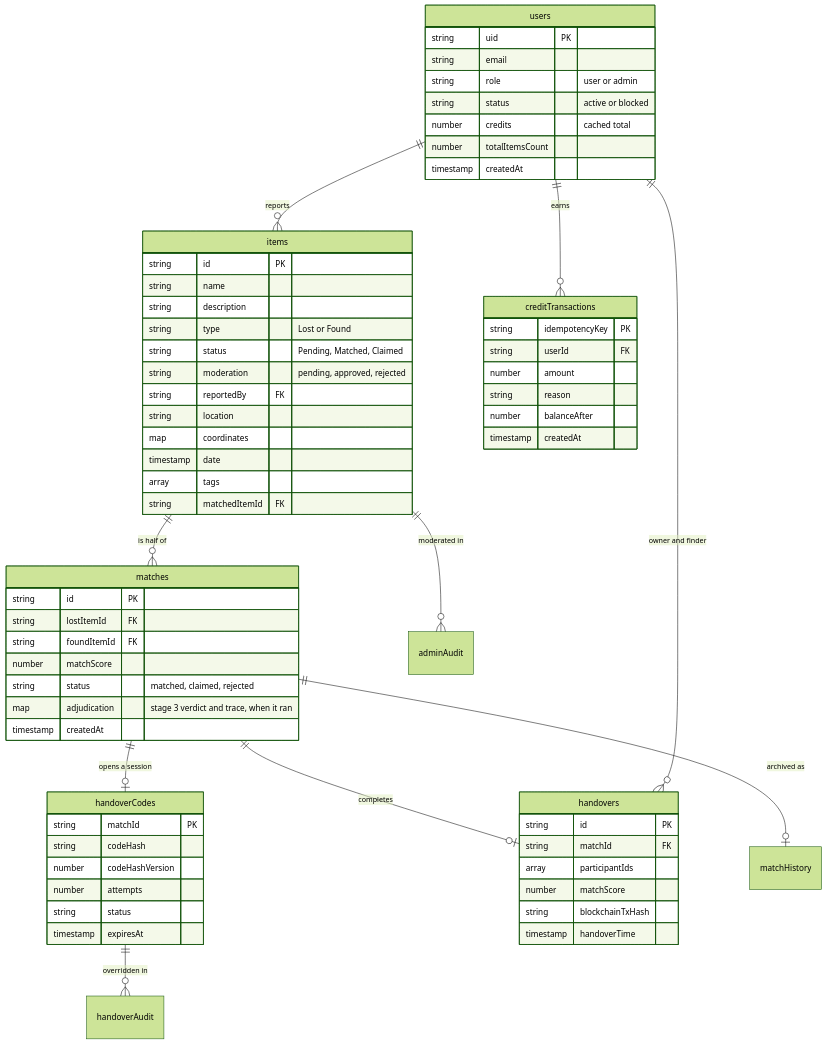
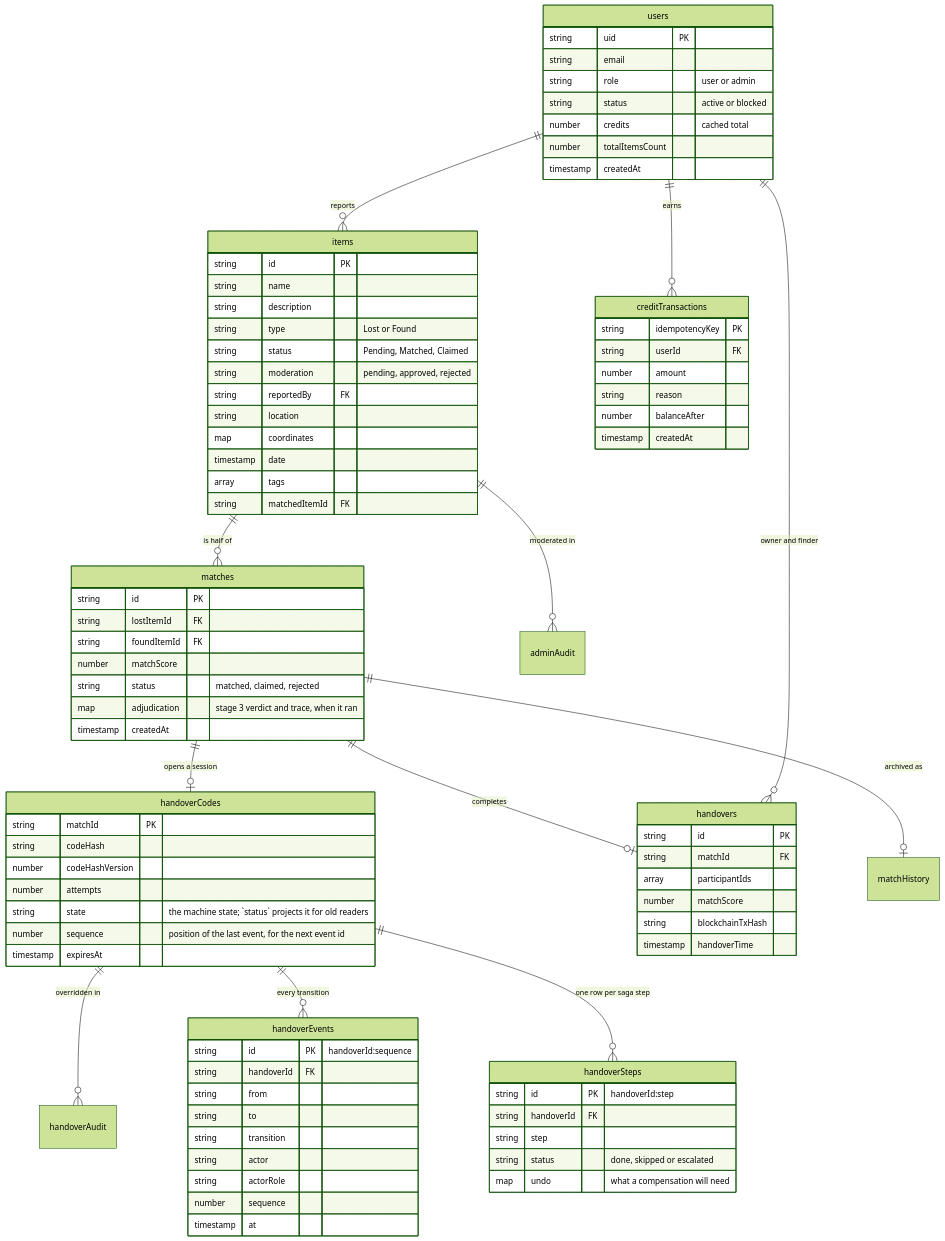
One commit to Vinay-R-S/ReClaim-AI changed the diagram in docs/architecture/data-model.md. Above: the diagram before and after it, drawn with Mermaid (forest theme). The commit also changed other lines of this file and 37 other files, not shown here.

First line of the commit message:
refactor: event-sourced handover state machine and completion saga

```diff
--- a/docs/architecture/data-model.md
+++ b/docs/architecture/data-model.md
@@ -16,6 +16,8 @@
     handovers }o--|| users : "owner and finder"
     items ||--o{ adminAudit : "moderated in"
     handoverCodes ||--o{ handoverAudit : "overridden in"
+    handoverCodes ||--o{ handoverEvents : "every transition"
+    handoverCodes ||--o{ handoverSteps : "one row per saga step"
 
     users {
         string uid PK
@@ -54,8 +56,27 @@
         string codeHash
         number codeHashVersion
         number attempts
-        string status
+        string state "the machine state; `status` projects it for old readers"
+        number sequence "position of the last event, for the next event id"
         timestamp expiresAt
+    }
+    handoverEvents {
+        string id PK "handoverId:sequence"
+        string handoverId FK
+        string from
+        string to
+        string transition
+        string actor
+        string actorRole
+        number sequence
+        timestamp at
+    }
+    handoverSteps {
+        string id PK "handoverId:step"
+        string handoverId FK
+        string step
+        string status "done, skipped or escalated"
+        map undo "what a compensation will need"
     }
     handovers {
         string id PK
```
